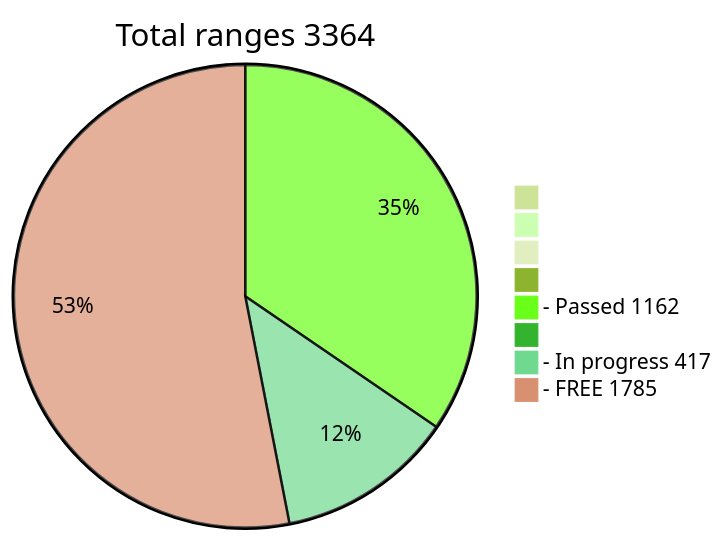
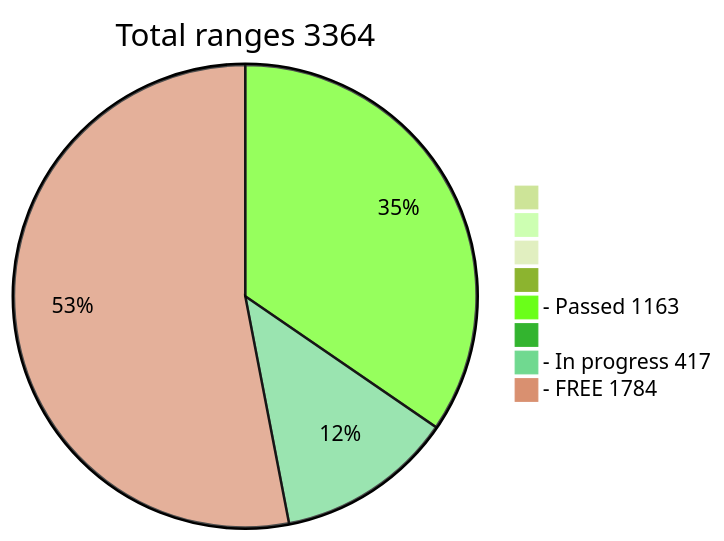
Before and after one commit to phrutis/wif500: the diagram in README.md, drawn with Mermaid (forest theme).

````diff
--- a/README.md
+++ b/README.md
@@ -16,12 +16,12 @@
 ```mermaid
 pie title Total ranges 3364
              " " : 0
             "  " : 0
            "   " : 0
           "    " : 0
-  "- Passed 1162" : 1162
+  "- Passed 1163" : 1163
          "     " : 0
   "- In progress 417" : 417
-   "- FREE 1785" : 1785
+   "- FREE 1784" : 1784
    
 ```
````
